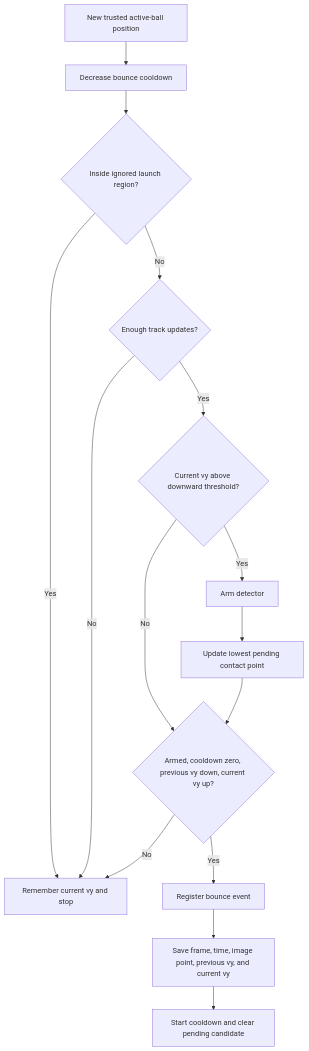
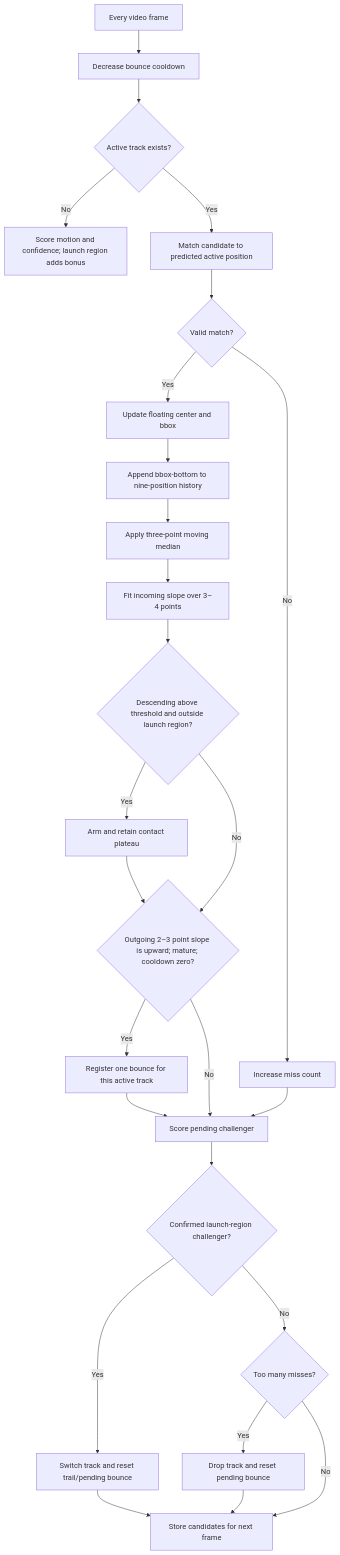
The ninth of 13 diagrams in jetson/docs/project_process_map.md (CoulterRolph/Capstone_Opencv), drawn with Mermaid before and after one commit. The commit also changed other lines of this file and 35 other files, not shown here.

````diff
--- a/jetson/docs/project_process_map.md
+++ b/jetson/docs/project_process_map.md
@@ -271,19 +275,28 @@
 ```mermaid
 flowchart TD
-    Position[New trusted active-ball position] --> Cooldown[Decrease bounce cooldown]
-    Cooldown --> Ignore{Inside ignored launch region?}
-    Ignore -->|Yes| Remember[Remember current vy and stop]
-    Ignore -->|No| Mature{Enough track updates?}
-    Mature -->|No| Remember
-    Mature -->|Yes| Down{Current vy above downward threshold?}
-
-    Down -->|Yes| Arm[Arm detector]
-    Arm --> Lowest[Update lowest pending contact point]
-    Down -->|No| ConfirmCheck
-    Lowest --> ConfirmCheck{Armed, cooldown zero, previous vy down, current vy up?}
-
-    ConfirmCheck -->|No| Remember
-    ConfirmCheck -->|Yes| Register[Register bounce event]
-    Register --> Save[Save frame, time, image point, previous vy, and current vy]
-    Save --> StartCooldown[Start cooldown and clear pending candidate]
+    Frame[Every video frame] --> Cooldown[Decrease bounce cooldown]
+    Cooldown --> Active{Active track exists?}
+    Active -->|No| Initialize[Score motion and confidence; launch region adds bonus]
+    Active -->|Yes| Match[Match candidate to predicted active position]
+    Match --> Matched{Valid match?}
+    Matched -->|Yes| Update[Update floating center and bbox]
+    Update --> History[Append bbox-bottom to nine-position history]
+    History --> Smooth[Apply three-point moving median]
+    Smooth --> Incoming[Fit incoming slope over 3–4 points]
+    Incoming --> Arm{Descending above threshold and outside launch region?}
+    Arm -->|Yes| Contact[Arm and retain contact plateau]
+    Arm -->|No| Confirm
+    Contact --> Confirm{Outgoing 2–3 point slope is upward; mature; cooldown zero?}
+    Confirm -->|Yes| Register[Register one bounce for this active track]
+    Confirm -->|No| Challenger
+    Register --> Challenger[Score pending challenger]
+    Matched -->|No| Miss[Increase miss count]
+    Miss --> Challenger
+    Challenger --> Switch{Confirmed launch-region challenger?}
+    Switch -->|Yes| ResetSwitch[Switch track and reset trail/pending bounce]
+    Switch -->|No| Drop{Too many misses?}
+    Drop -->|Yes| ResetDrop[Drop track and reset pending bounce]
+    Drop -->|No| Store[Store candidates for next frame]
+    ResetSwitch --> Store
+    ResetDrop --> Store
 ```
````
